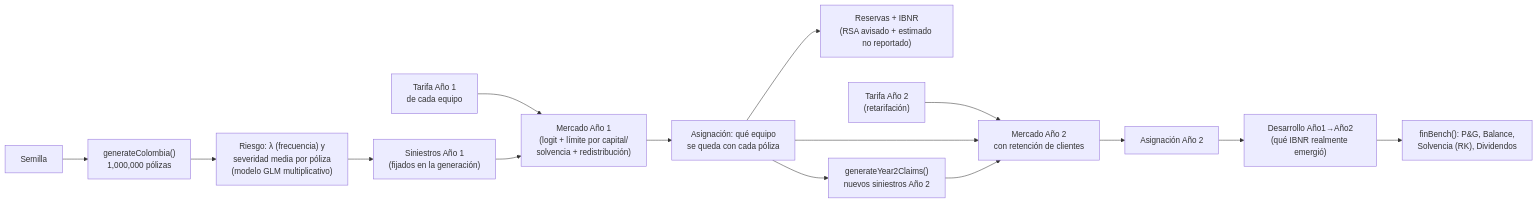
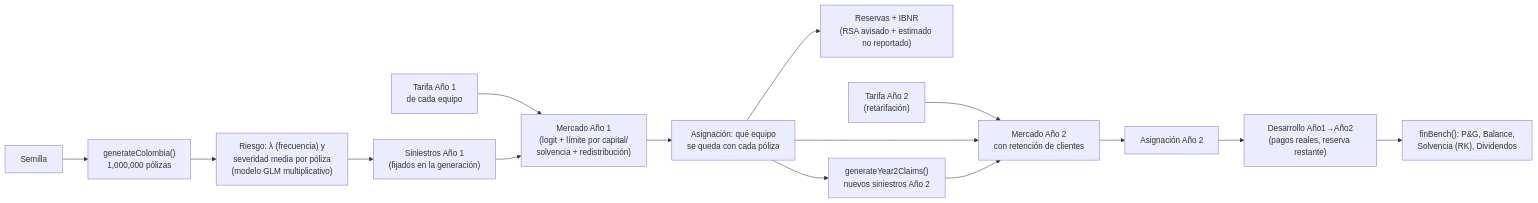
Before and after one commit to SaraGallego22/simulador-financiero-y-actuarial: the second of 5 diagrams in README.md, drawn with Mermaid. The commit also changed other lines of this file and 7 other files, not shown here.

````diff
--- a/README.md
+++ b/README.md
@@ -49,20 +49,20 @@
 ```mermaid
 flowchart LR
     Seed["Semilla"] --> Gen["generateColombia()\n1,000,000 pólizas"]
     Gen --> Risk["Riesgo: λ (frecuencia) y\nseveridad media por póliza\n(modelo GLM multiplicativo)"]
     Risk --> Claims1["Siniestros Año 1\n(fijados en la generación)"]
 
     Tarifa1["Tarifa Año 1\nde cada equipo"] --> Market1["Mercado Año 1\n(logit + límite por capital/\nsolvencia + redistribución)"]
     Claims1 --> Market1
     Market1 --> Assign1["Asignación: qué equipo\nse queda con cada póliza"]
 
     Assign1 --> Reserves["Reservas + IBNR\n(RSA avisado + estimado no reportado)"]
     Assign1 --> Claims2["generateYear2Claims()\nnuevos siniestros Año 2"]
     Tarifa2["Tarifa Año 2\n(retarifación)"] --> Market2["Mercado Año 2\ncon retención de clientes"]
     Assign1 --> Market2
     Claims2 --> Market2
     Market2 --> Assign2["Asignación Año 2"]
 
-    Assign2 --> Dev["Desarrollo Año1→Año2\n(qué IBNR realmente emergió)"]
+    Assign2 --> Dev["Desarrollo Año1→Año2\n(pagos reales, reserva restante)"]
     Dev --> FinBench["finBench(): P&G, Balance,\nSolvencia (RK), Dividendos"]
 ```
````
